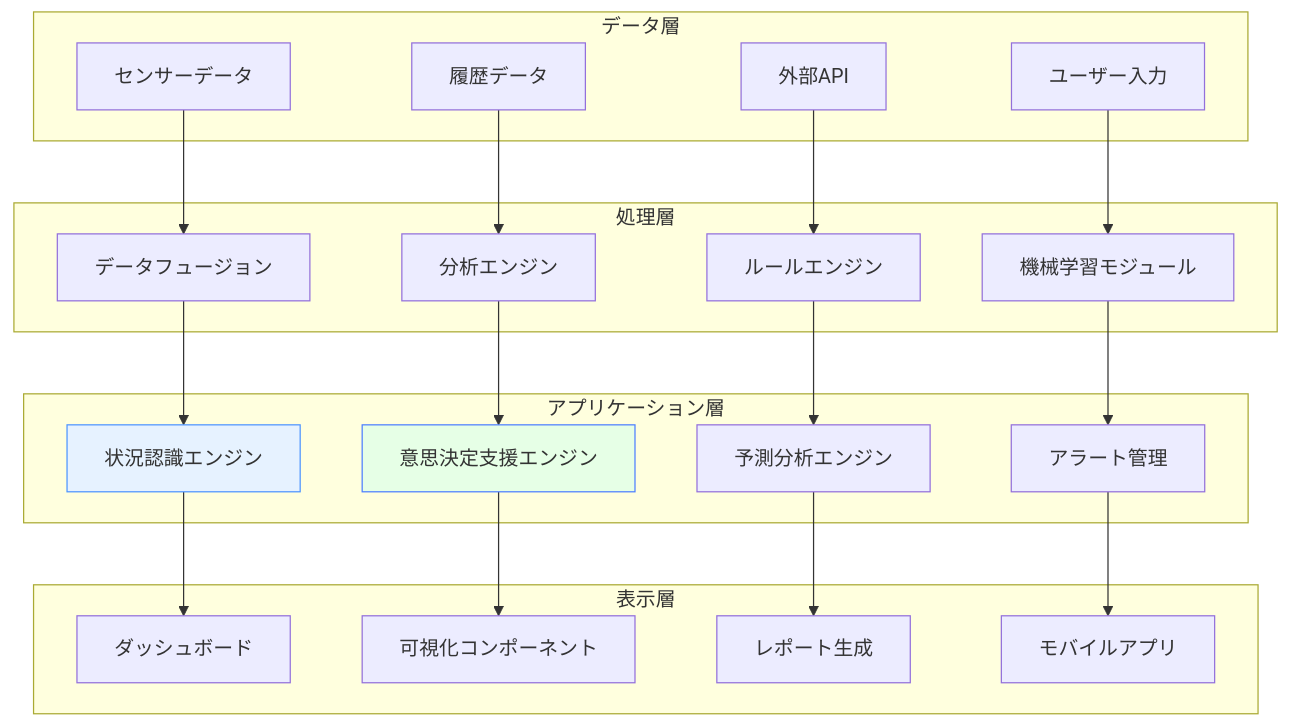
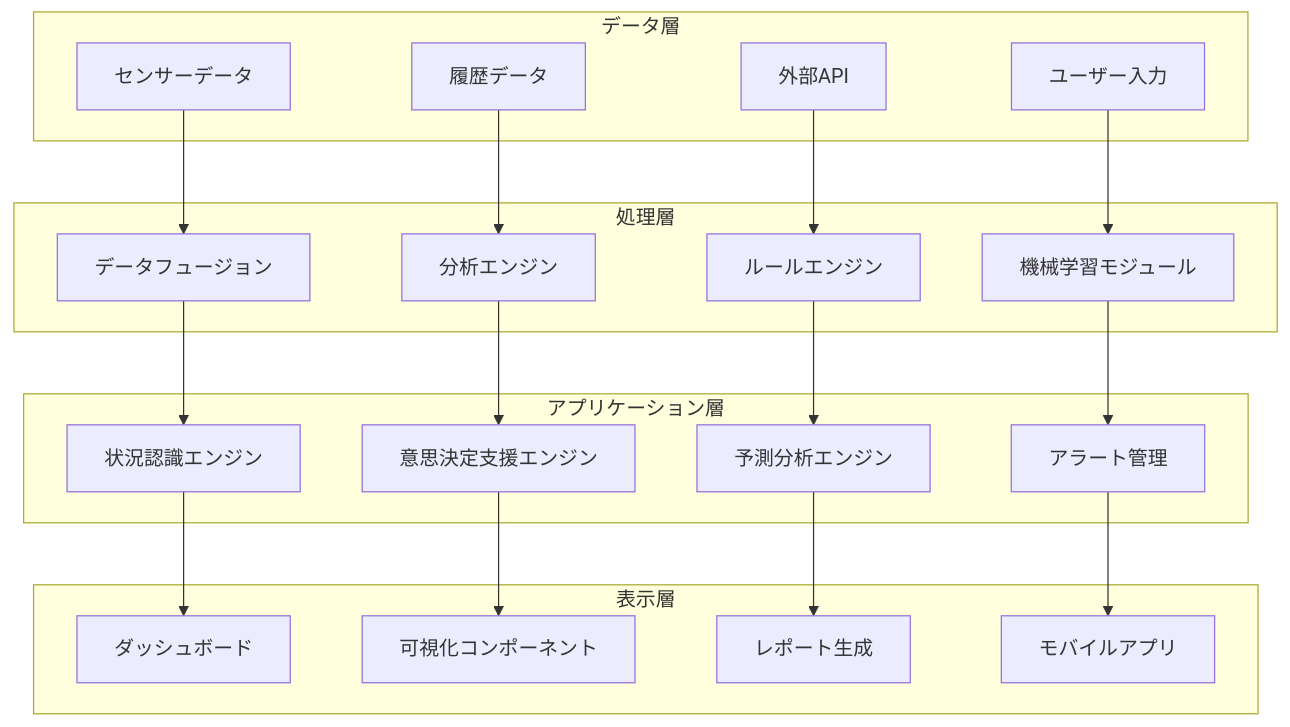
One commit to shuji-bonji/Situational-Awareness-and-Decision-Making changed the third of 4 diagrams in docs/software/index.md. Above: the diagram before and after it, drawn with Mermaid. The commit also changed other lines of this file and 49 other files, not shown here.

Commit message:
fix: ダークモードで見づらい図の色の変更

````diff
--- a/docs/software/index.md
+++ b/docs/software/index.md
@@ -69,48 +69,48 @@
 ```mermaid
 graph TB
     subgraph "データ層"
         A1[センサーデータ]
         A2[履歴データ]
         A3[外部API]
         A4[ユーザー入力]
     end
     
     subgraph "処理層"
         B1[データフュージョン]
         B2[分析エンジン]
         B3[ルールエンジン]
         B4[機械学習モジュール]
     end
     
     subgraph "アプリケーション層"
         C1[状況認識エンジン]
         C2[意思決定支援エンジン]
         C3[予測分析エンジン]
         C4[アラート管理]
     end
     
     subgraph "表示層"
         D1[ダッシュボード]
         D2[可視化コンポーネント]
         D3[レポート生成]
         D4[モバイルアプリ]
     end
     
     A1 --> B1
     A2 --> B2
     A3 --> B3
     A4 --> B4
     
     B1 --> C1
     B2 --> C2
     B3 --> C3
     B4 --> C4
     
     C1 --> D1
     C2 --> D2
     C3 --> D3
     C4 --> D4
     
-    style C1 fill:#e6f2ff,stroke:#4d94ff
-    style C2 fill:#e6ffe6,stroke:#4d7fff
+
+
 ```
````
